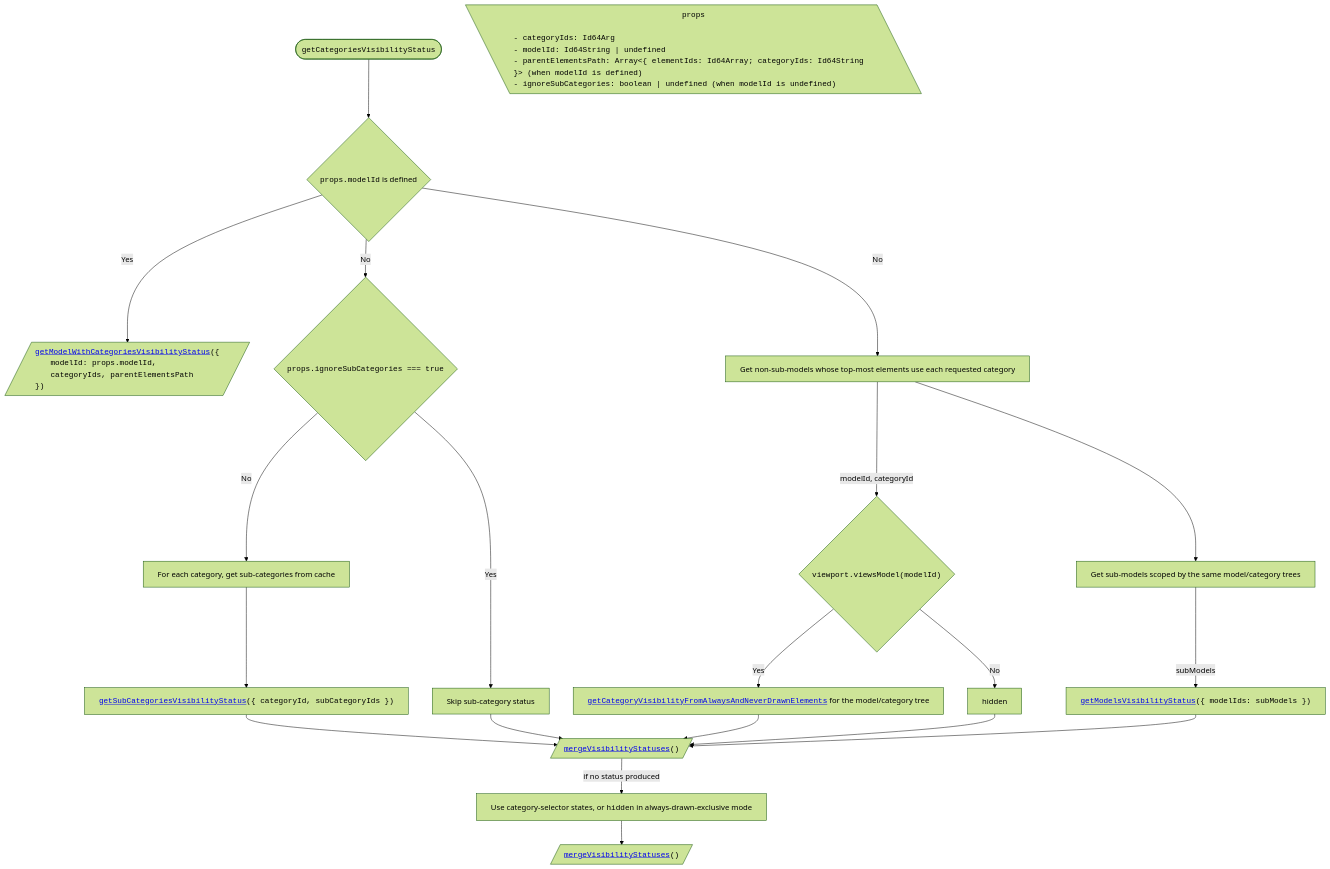
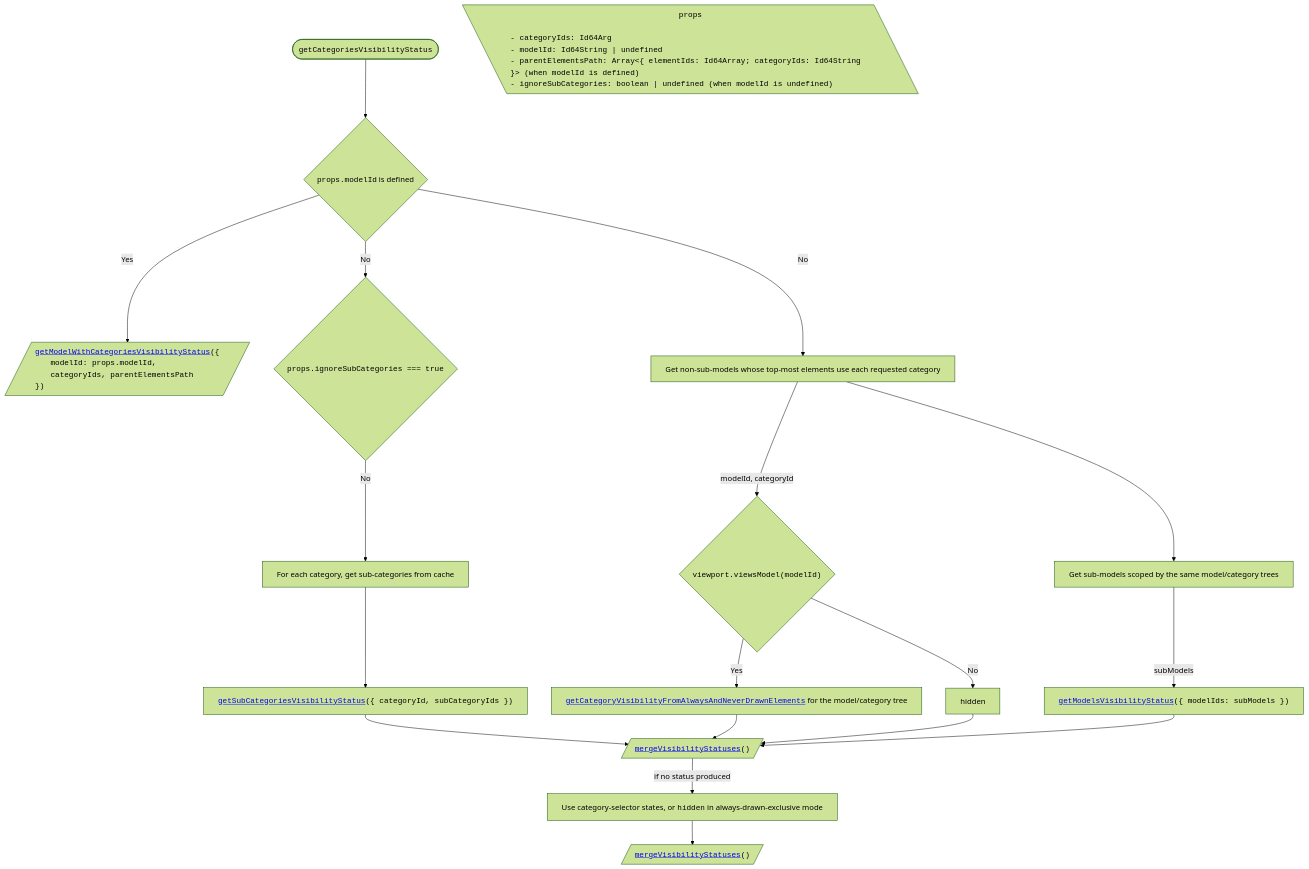
One commit to iTwin/viewer-components-react changed the fourth of 17 diagrams in packages/itwin/tree-widget/docs/SharedVisibilityHandling.md. Above: the diagram before and after it, drawn with Mermaid (forest theme). The commit also changed other lines of this file and 4 other files, not shown here.

````diff
--- a/packages/itwin/tree-widget/docs/SharedVisibilityHandling.md
+++ b/packages/itwin/tree-widget/docs/SharedVisibilityHandling.md
@@ -162,43 +162,41 @@
 ```mermaid
 ---
 config:
   flowchart:
     wrappingWidth: 750
     useMaxWidth: false
 ---
 
 flowchart TD
 
   %% Start
   TITLE(["<span style='font-family: monospace;'>getCategoriesVisibilityStatus</span>"]) --> A{"<span style='font-family: monospace;'>props.modelId</span> is defined"}
 
   PROPS[\"
     <span style='font-family: monospace;'>props</span>
     <span style='display: block; text-align: left; font-family: monospace;'>- categoryIds: Id64Arg<br/>- modelId: Id64String | undefined<br/>- parentElementsPath: Array&lt;{ elementIds: Id64Array; categoryIds: Id64String }&gt; (when modelId is defined)<br/>- ignoreSubCategories: boolean | undefined (when modelId is undefined)</span>
   "\]
 
   A -- Yes --> B[/"<div style='text-align: left; font-family: monospace;'><a href='#getmodelwithcategoriesvisibilitystatus'>getModelWithCategoriesVisibilityStatus</a>({
     <span style='padding-left: 2rem;'>modelId: props.modelId,</span>
     <span style='padding-left: 2rem;'>categoryIds, parentElementsPath</span>
     })</div>"/]
 
   A -- No --> C{"<span style='font-family: monospace;'>props.ignoreSubCategories === true</span>"}
   C -- No --> C1["For each category, get sub-categories from cache"]
   C1 --> C2["<span style='font-family: monospace;'><a href='#getsubcategoriesvisibilitystatus'>getSubCategoriesVisibilityStatus</a>({ categoryId, subCategoryIds })</span>"]
-  C -- Yes --> C3[Skip sub-category status]
 
   A -- No --> D["Get non-sub-models whose top-most elements use each requested category"]
   D -- "modelId, categoryId" --> D1{"<span style='font-family: monospace;'>viewport.viewsModel(modelId)</span>"}
   D1 -- Yes --> D2["<span style='font-family: monospace;'><a href='#getcategoryvisibilityfromalwaysandneverdrawnelements'>getCategoryVisibilityFromAlwaysAndNeverDrawnElements</a></span> for the model/category tree"]
   D1 -- No --> D3[hidden]
   D --> E["Get sub-models scoped by the same model/category trees"]
   E -- subModels --> E1["<span style='font-family: monospace;'><a href='#getmodelsvisibilitystatus'>getModelsVisibilityStatus</a>({ modelIds: subModels })</span>"]
 
   C2 --> M[/"<span style='font-family: monospace;'><a href='#mergevisibilitystatuses'>mergeVisibilityStatuses</a>()</span>"/]
-  C3 --> M
   D2 --> M
   D3 --> M
   E1 --> M
   M -- "if no status produced" --> F1["Use category-selector states, or <span style='font-family: monospace;'>hidden</span> in always-drawn-exclusive mode"]
   F1 --> N[/"<span style='font-family: monospace;'><a href='#mergevisibilitystatuses'>mergeVisibilityStatuses</a>()</span>"/]
 ```
````
